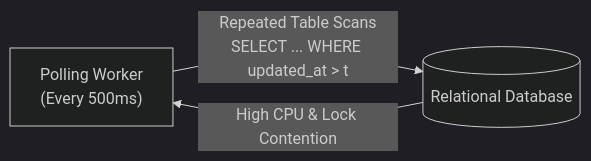
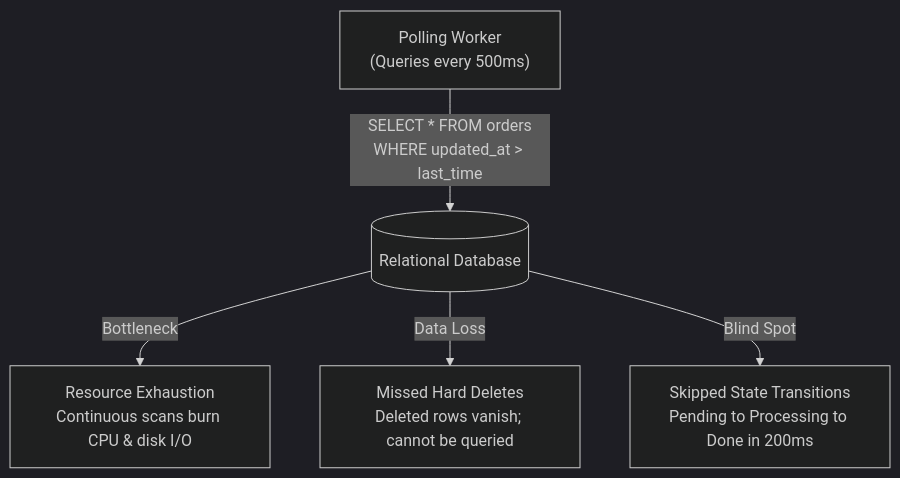
The first of 10 diagrams in Databases/14_Advanced_Database_Topics.md (MohdMusaiyab/system-design), drawn with Mermaid (dark theme) before and after one commit. The commit also changed 5 other files, not shown here.

````diff
--- a/Databases/14_Advanced_Database_Topics.md
+++ b/Databases/14_Advanced_Database_Topics.md
@@ -19,5 +19,8 @@
 ```mermaid
-flowchart LR
-    App["Polling Worker<br/>(Every 500ms)"] -->|"Repeated Table Scans<br/>SELECT ... WHERE updated_at > t"| DB[("Relational Database")]
-    DB -->|"High CPU & Lock Contention"| App
+flowchart TD
+    Worker["Polling Worker<br/>(Queries every 500ms)"] -->|"SELECT * FROM orders<br/>WHERE updated_at &gt; last_time"| DB[("Relational Database")]
+
+    DB -->|"Bottleneck"| P1["Resource Exhaustion<br/>Continuous scans burn CPU & disk I/O"]
+    DB -->|"Data Loss"| P2["Missed Hard Deletes<br/>Deleted rows vanish; cannot be queried"]
+    DB -->|"Blind Spot"| P3["Skipped State Transitions<br/>Pending to Processing to Done in 200ms"]
 ```
````
